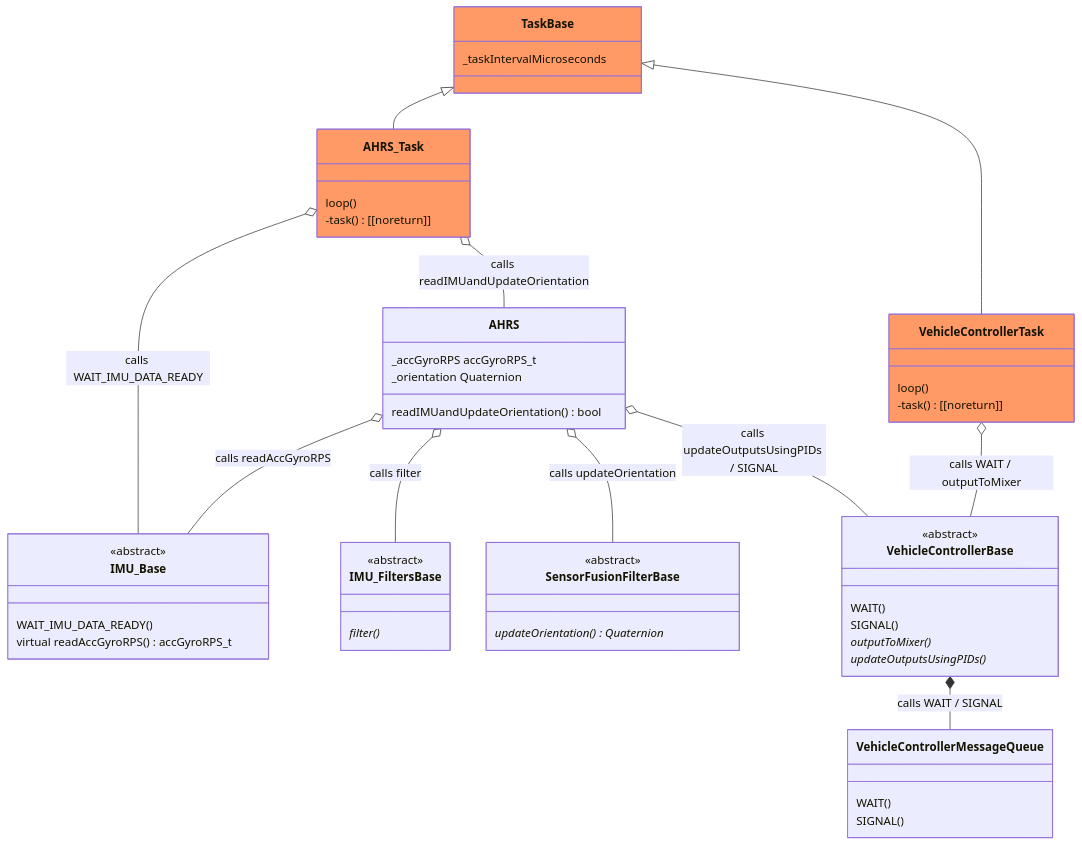
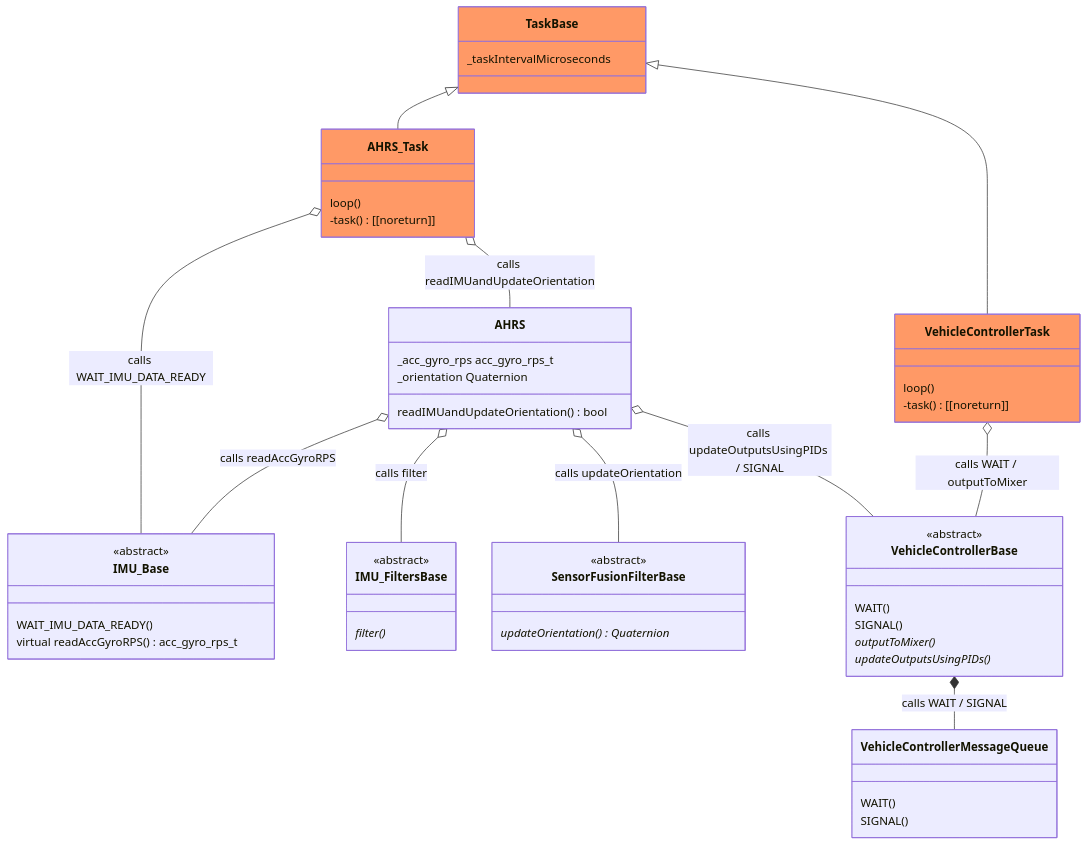
Before and after one commit to martinbudden/Library-StabilizedVehicle: the diagram in README.md, drawn with Mermaid. The commit also changed 9 other files, not shown here.

````diff
--- a/README.md
+++ b/README.md
@@ -14,73 +14,73 @@
 ```mermaid
 classDiagram
     class TaskBase:::taskClass {
         _taskIntervalMicroseconds
     }
     link TaskBase "https://github.com/martinbudden/Library-TaskBase/blob/main/src/TaskBase.h"
 
     TaskBase <|-- AHRS_Task
     class AHRS_Task:::taskClass {
         loop()
         -task() [[noreturn]]
     }
     link AHRS_Task "https://github.com/martinbudden/Library-StabilizedVehicle/blob/main/src/AHRS_Task.h"
     AHRS_Task o-- AHRS : calls readIMUandUpdateOrientation
     AHRS_Task o-- IMU_Base : calls WAIT_IMU_DATA_READY
 
 
     class IMU_Base {
         <<abstract>>
         WAIT_IMU_DATA_READY()
-        virtual readAccGyroRPS() accGyroRPS_t
+        virtual readAccGyroRPS() acc_gyro_rps_t
     }
     link IMU_Base "https://github.com/martinbudden/Library-Sensors/blob/main/src/IMU_Base.h"
 
     class IMU_FiltersBase {
         <<abstract>>
         filter() *
     }
     link IMU_FiltersBase "https://github.com/martinbudden/Library-StabilizedVehicle/blob/main/src/IMU_FiltersBase.h"
 
     class SensorFusionFilterBase {
         <<abstract>>
         updateOrientation() Quaternion *
     }
-    link SensorFusionFilterBase "https://github.com/martinbudden/Library-SensorFusion/blob/main/src/SensorFusion.h"
+    link SensorFusionFilterBase "https://github.com/martinbudden/Library-SensorFusion/blob/main/src/sensor_fusion.h"
 
     class VehicleControllerMessageQueue {
         WAIT()
         SIGNAL()
     }
     link VehicleControllerMessageQueue "https://github.com/martinbudden/Library-StabilizedVehicle/blob/main/src/VehicleControllerMessageQueue.h"
 
     class VehicleControllerBase {
         <<abstract>>
         WAIT()
         SIGNAL()
         outputToMixer() *
         updateOutputsUsingPIDs() *
     }
     link VehicleControllerBase "https://github.com/martinbudden/Library-StabilizedVehicle/blob/main/src/VehicleControllerBase.h"
     VehicleControllerBase *-- VehicleControllerMessageQueue : calls WAIT / SIGNAL
 
     class AHRS {
-        _accGyroRPS accGyroRPS_t
+        _acc_gyro_rps acc_gyro_rps_t
         _orientation Quaternion
         readIMUandUpdateOrientation() bool
     }
     link AHRS "https://github.com/martinbudden/Library-StabilizedVehicle/blob/main/src/AHRS.h"
     AHRS o-- IMU_Base : calls readAccGyroRPS
     AHRS o-- IMU_FiltersBase : calls filter
     AHRS o-- SensorFusionFilterBase : calls updateOrientation
     AHRS o-- VehicleControllerBase : calls updateOutputsUsingPIDs / SIGNAL
 
     TaskBase <|-- VehicleControllerTask
     class VehicleControllerTask:::taskClasss {
         loop()
         -task() [[noreturn]]
     }
     link VehicleControllerTask "https://github.com/martinbudden/Library-StabilizedVehicle/blob/main/src/VehicleControllerTask.h"
     VehicleControllerTask o-- VehicleControllerBase : calls WAIT / outputToMixer
 
     classDef taskClass fill:#f96
 ```
````
